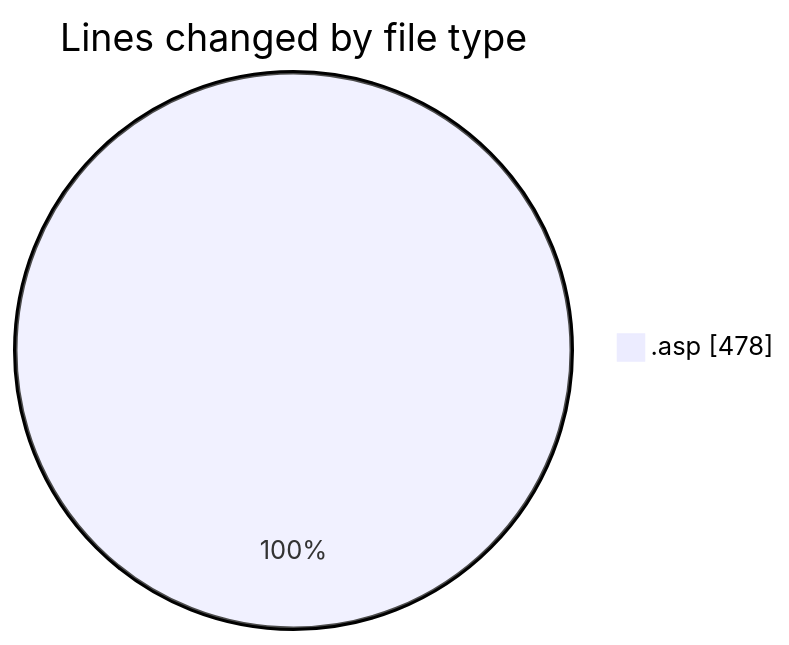
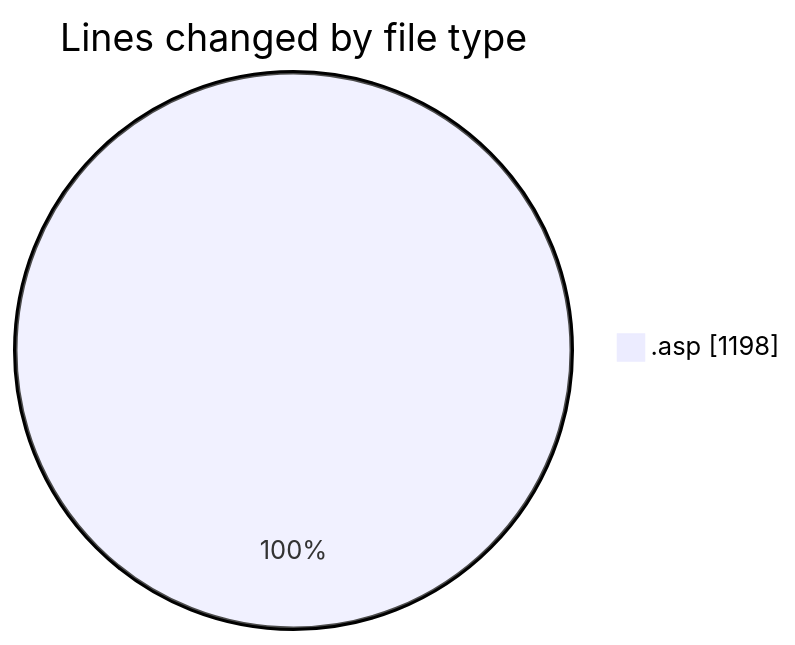
The first of 2 diagrams in 2025-10-11/cdp_aleoudev_fr__workspace_/README.md (julien-gomy/code-tracking), drawn with Mermaid before and after one commit. The commit also changed other lines of this file and 1 other file, not shown here.

````diff
--- a/2025-10-11/cdp_aleoudev_fr__workspace_/README.md
+++ b/2025-10-11/cdp_aleoudev_fr__workspace_/README.md
@@ -21,5 +23,5 @@
 ```mermaid
 pie showData
 title Lines changed by file type
-".asp" : 478
+".asp" : 1198
 ```
````
